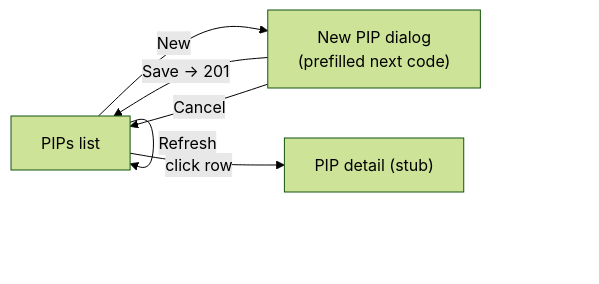
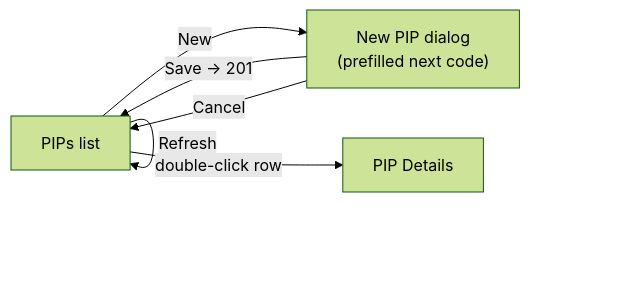
Before and after one commit to fredericgenon-commits/pip-assistant: the fifth of 6 diagrams in doc/functional.md, drawn with Mermaid (forest theme). The commit also changed other lines of this file and 55 other files, not shown here.

First line of the commit message:
feat: PIP Details screen (requirements worksheet)

````diff
--- a/doc/functional.md
+++ b/doc/functional.md
@@ -193,8 +193,8 @@
 ```mermaid
 flowchart LR
     L["PIPs list"] -->|Refresh| L
     L -->|New| D["New PIP dialog<br/>(prefilled next code)"]
     D -->|Save → 201| L
     D -->|Cancel| L
-    L -->|click row| Det["PIP detail (stub)"]
+    L -->|double-click row| Det["PIP Details"]
 ```
````
